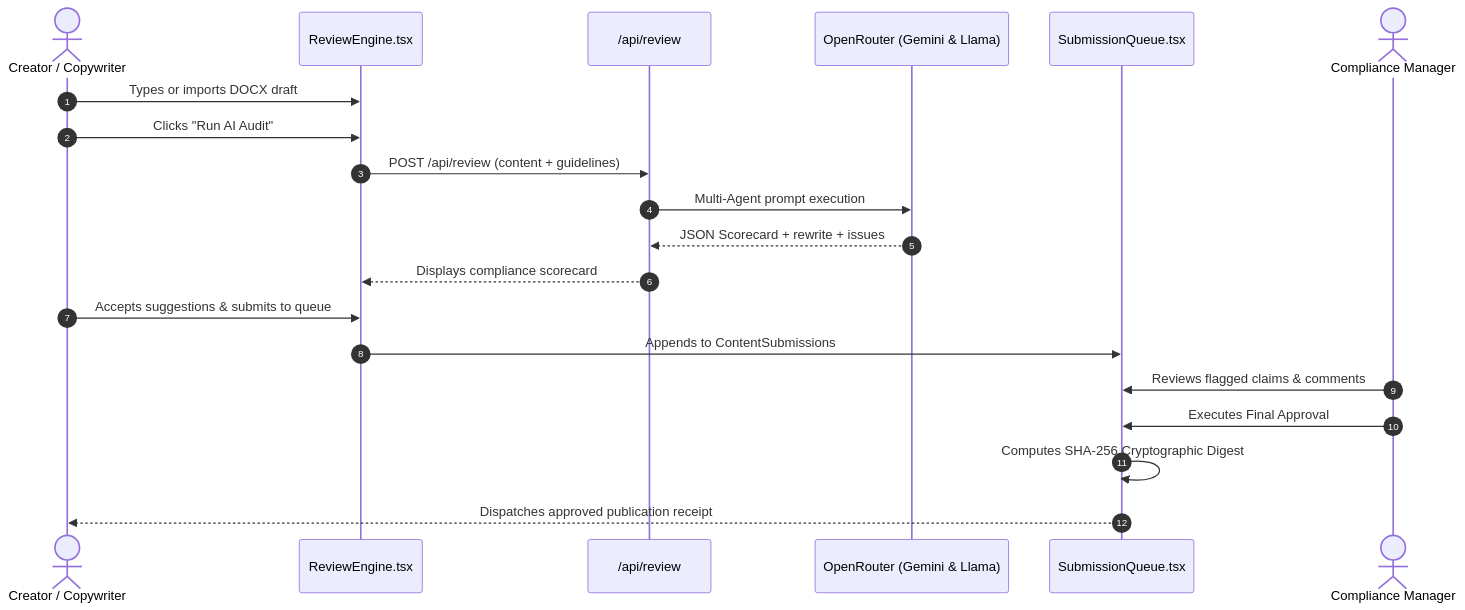
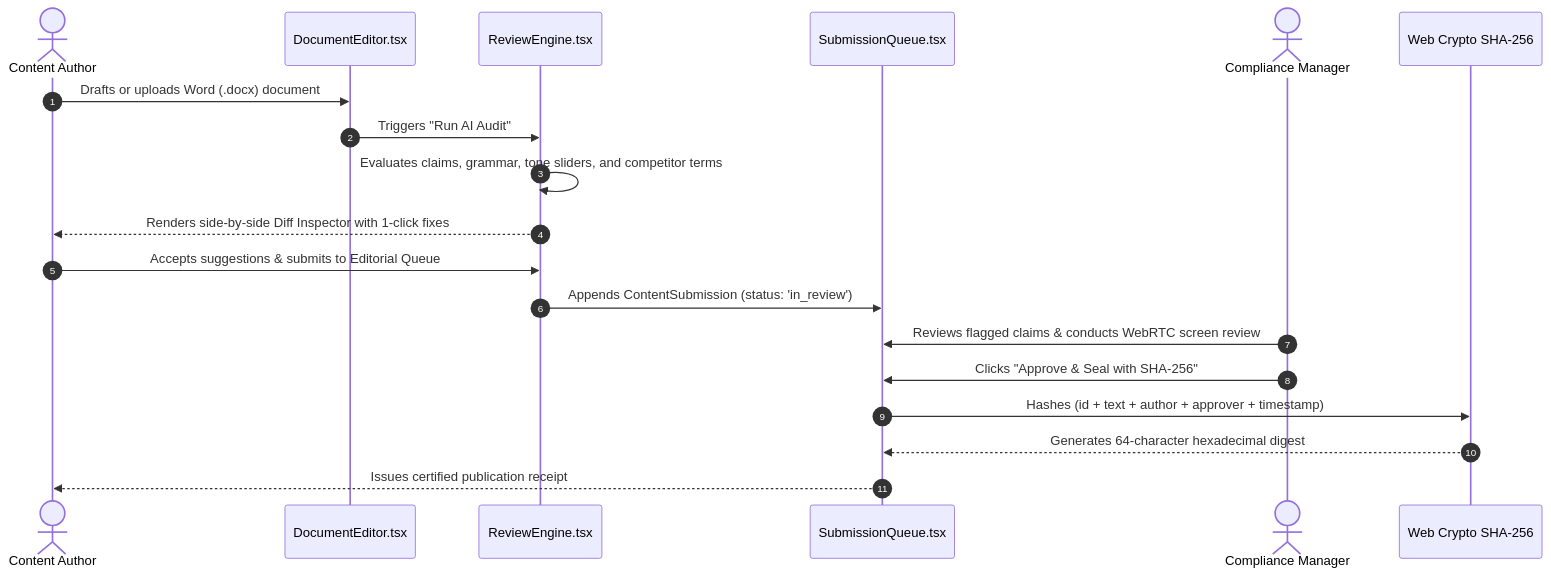
One commit to SmartyGamerZYT/VibeCheck-AI changed the third of 3 diagrams in Docs/Project Implementation.md. Above: the diagram before and after it, drawn with Mermaid. The commit also changed other lines of this file and 14 other files, not shown here.

````diff
--- a/Docs/Project Implementation.md
+++ b/Docs/Project Implementation.md
@@ -84,23 +104,22 @@
 ```mermaid
 sequenceDiagram
     autonumber
-    actor Creator as Creator / Copywriter
-    participant UI as ReviewEngine.tsx
-    participant API as /api/review
-    participant LLM as OpenRouter (Gemini & Llama)
+    actor Creator as Content Author
+    participant Composer as DocumentEditor.tsx
+    participant Review as ReviewEngine.tsx
     participant Queue as SubmissionQueue.tsx
     actor Manager as Compliance Manager
+    participant Seal as Web Crypto SHA-256
 
-    Creator->>UI: Types or imports DOCX draft
-    Creator->>UI: Clicks "Run AI Audit"
-    UI->>API: POST /api/review (content + guidelines)
-    API->>LLM: Multi-Agent prompt execution
-    LLM-->>API: JSON Scorecard + rewrite + issues
-    API-->>UI: Displays compliance scorecard
-    Creator->>UI: Accepts suggestions & submits to queue
-    UI->>Queue: Appends to ContentSubmissions
-    Manager->>Queue: Reviews flagged claims & comments
-    Manager->>Queue: Executes Final Approval
-    Queue->>Queue: Computes SHA-256 Cryptographic Digest
-    Queue-->>Creator: Dispatches approved publication receipt
+    Creator->>Composer: Drafts or uploads Word (.docx) document
+    Composer->>Review: Triggers "Run AI Audit"
+    Review->>Review: Evaluates claims, grammar, tone sliders, and competitor terms
+    Review-->>Creator: Renders side-by-side Diff Inspector with 1-click fixes
+    Creator->>Review: Accepts suggestions & submits to Editorial Queue
+    Review->>Queue: Appends ContentSubmission (status: 'in_review')
+    Manager->>Queue: Reviews flagged claims & conducts WebRTC screen review
+    Manager->>Queue: Clicks "Approve & Seal with SHA-256"
+    Queue->>Seal: Hashes (id + text + author + approver + timestamp)
+    Seal-->>Queue: Generates 64-character hexadecimal digest
+    Queue-->>Creator: Issues certified publication receipt
 ```
````
